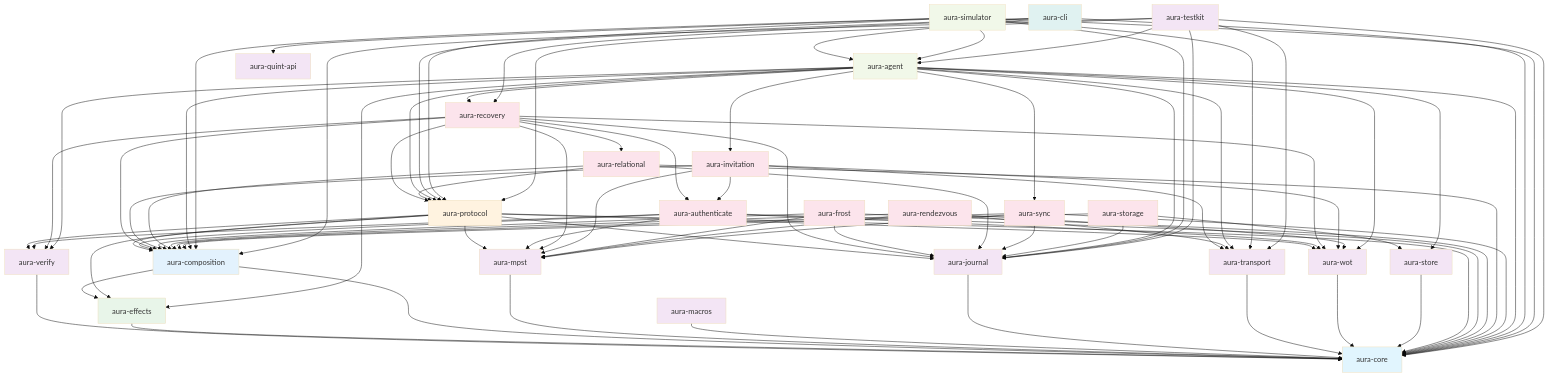
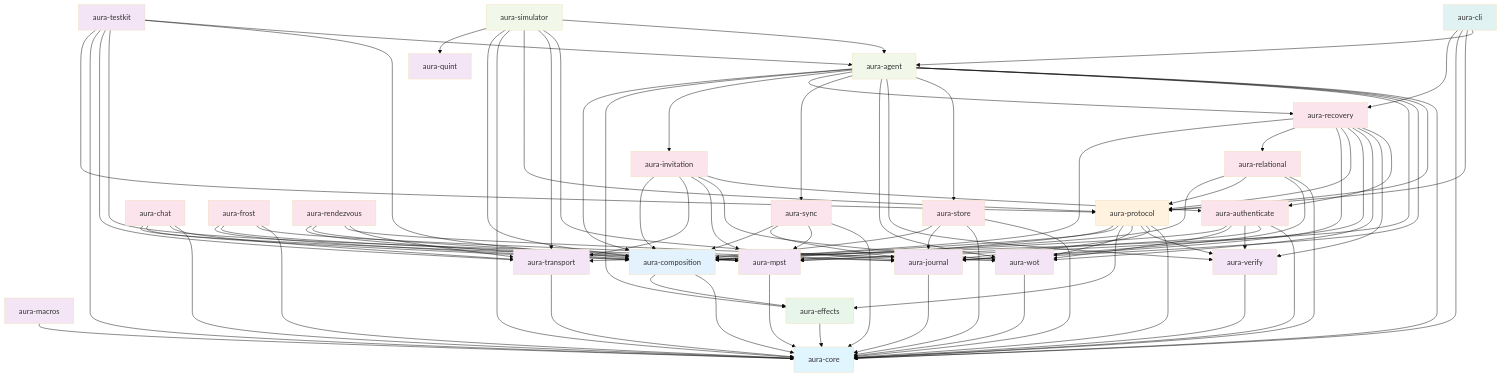
Before and after one commit to hxrts/aura: the diagram in docs/999_project_structure.md, drawn with Mermaid (base theme). The commit also changed other lines of this file and 317 other files, not shown here.

```diff
--- a/docs/999_project_structure.md
+++ b/docs/999_project_structure.md
@@ -267,13 +268,14 @@
 
     %% Feature Layer
     auth[aura-authenticate]
+    chat[aura-chat]
     recovery[aura-recovery]
     invitation[aura-invitation]
     frost[aura-frost]
     relational[aura-relational]
     rendezvous[aura-rendezvous]
     sync[aura-sync]
-    storage[aura-storage]
+    store[aura-store]
 
     %% Runtime Layer
     agent[aura-agent]
@@ -284,7 +286,7 @@
 
     %% Testing Layer
     testkit[aura-testkit]
-    quint[aura-quint-api]
+    quint[aura-quint]
 
     %% Dependencies
     verify --> types
@@ -309,6 +311,10 @@
     auth --> verify
     auth --> wot
     auth --> composition
+    chat --> types
+    chat --> transport
+    chat --> composition
+    chat --> mpst
     recovery --> auth
     recovery --> verify
     recovery --> wot
@@ -338,9 +344,9 @@
     sync --> mpst
     sync --> journal
     sync --> composition
-    storage --> store
-    storage --> journal
-    storage --> composition
+    store --> types
+    store --> journal
+    store --> composition
     agent --> types
     agent --> protocol
     agent --> journal
@@ -387,7 +393,7 @@
     class effects effects
     class composition composition
     class protocol protocol
-    class auth,recovery,invitation,frost,relational,rendezvous,sync,storage feature
+    class auth,chat,recovery,invitation,frost,relational,rendezvous,sync,store feature
     class agent,simulator runtime
     class cli app
     class testkit,quint test
```
